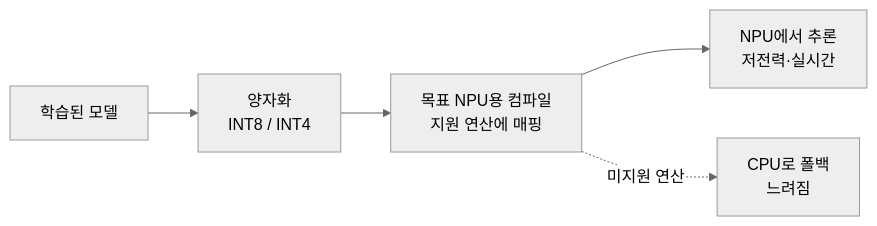
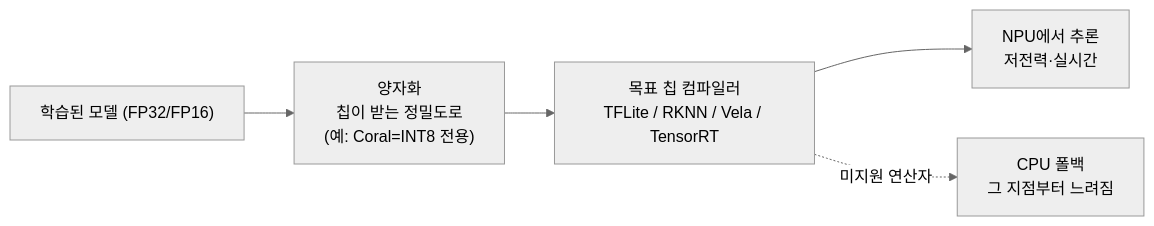
Before and after one commit to millim1983/millim1983.github.io: the diagram in _posts/2026-06-19-ax-06-npu-edge-inference.md, drawn with Mermaid (neutral theme). The commit also changed other lines of this file and 1 other file, not shown here.

````diff
--- a/_posts/2026-06-19-ax-06-npu-edge-inference.md
+++ b/_posts/2026-06-19-ax-06-npu-edge-inference.md
@@ -47,7 +59,7 @@
 ```mermaid
 flowchart LR
-  M["학습된 모델"] --> Q["양자화<br/>INT8 / INT4"]
-  Q --> CMP["목표 NPU용 컴파일<br/>지원 연산에 매핑"]
+  M["학습된 모델 (FP32/FP16)"] --> Q["양자화<br/>칩이 받는 정밀도로<br/>(예: Coral=INT8 전용)"]
+  Q --> CMP["목표 칩 컴파일러<br/>TFLite / RKNN / Vela / TensorRT"]
   CMP --> RUN["NPU에서 추론<br/>저전력·실시간"]
-  CMP -. 미지원 연산 .-> FALL["CPU로 폴백<br/>느려짐"]
+  CMP -. 미지원 연산자 .-> FALL["CPU 폴백<br/>그 지점부터 느려짐"]
 ```
````
